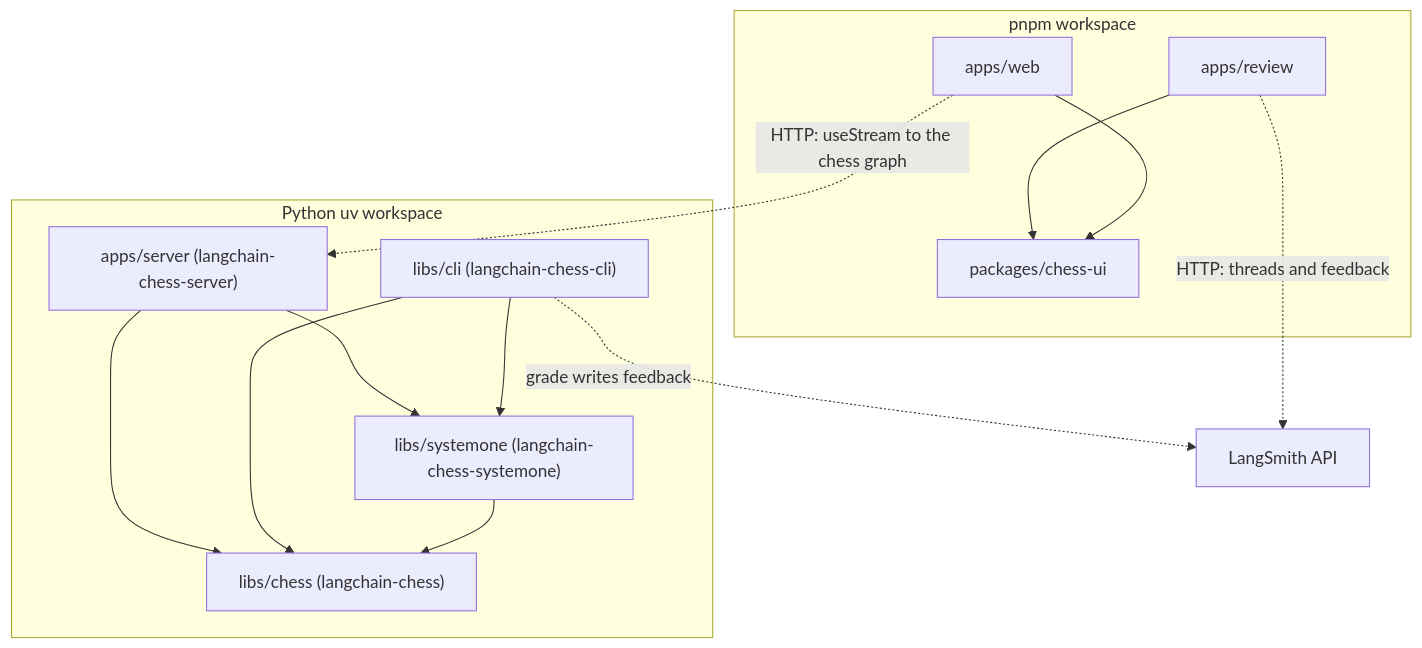
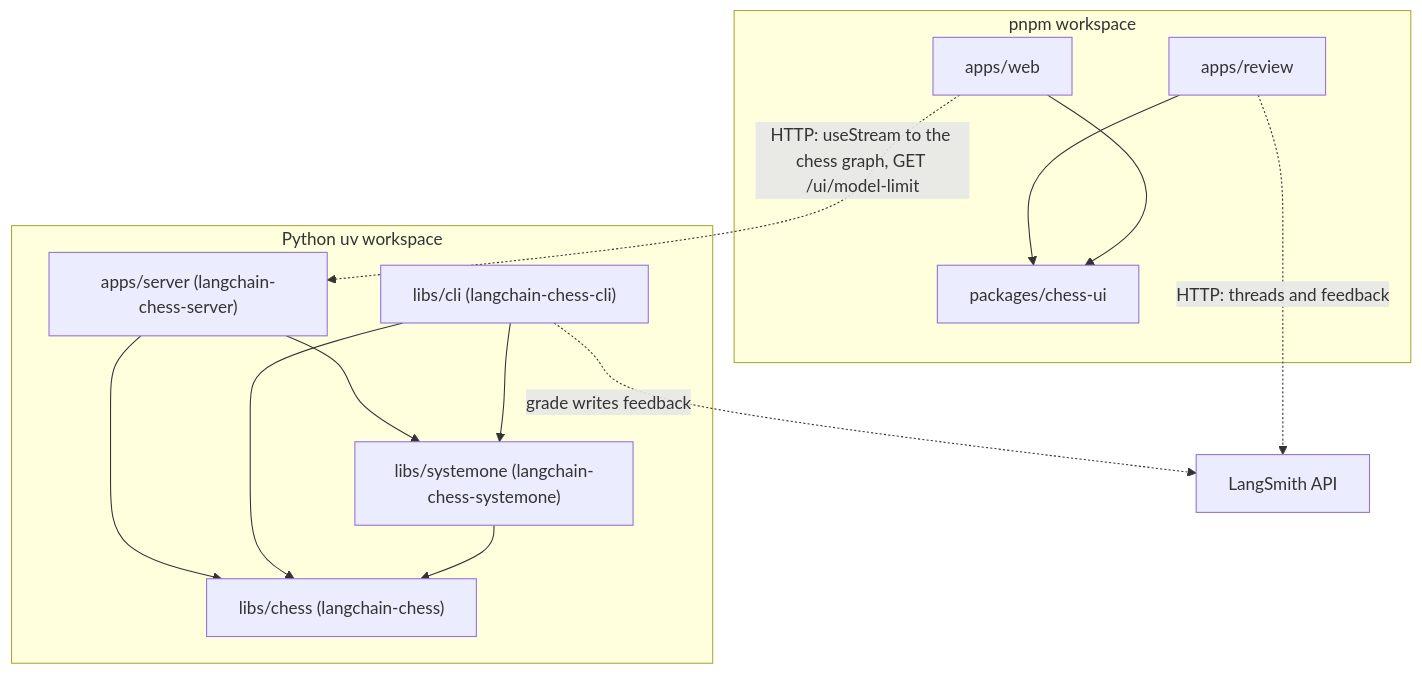
Before and after one commit to darieldatoon/langchain-chess: the first of 2 diagrams in openwiki/architecture/package-map.md, drawn with Mermaid. The commit also changed other lines of this file and 39 other files, not shown here.

````diff
--- a/openwiki/architecture/package-map.md
+++ b/openwiki/architecture/package-map.md
@@ -86,25 +96,25 @@
 ```mermaid
 flowchart TD
     subgraph PY["Python uv workspace"]
         chess["libs/chess (langchain-chess)"]
         systemone["libs/systemone (langchain-chess-systemone)"]
         cli["libs/cli (langchain-chess-cli)"]
         server["apps/server (langchain-chess-server)"]
     end
     subgraph JS["pnpm workspace"]
         chessui["packages/chess-ui"]
         web["apps/web"]
         review["apps/review"]
     end
     LS["LangSmith API"]
     systemone --> chess
     cli --> chess
     cli --> systemone
     server --> chess
     server --> systemone
     web --> chessui
     review --> chessui
-    web -. "HTTP: useStream to the chess graph" .-> server
+    web -. "HTTP: useStream to the chess graph, GET /ui/model-limit" .-> server
     review -. "HTTP: threads and feedback" .-> LS
     cli -. "grade writes feedback" .-> LS
 ```
````
